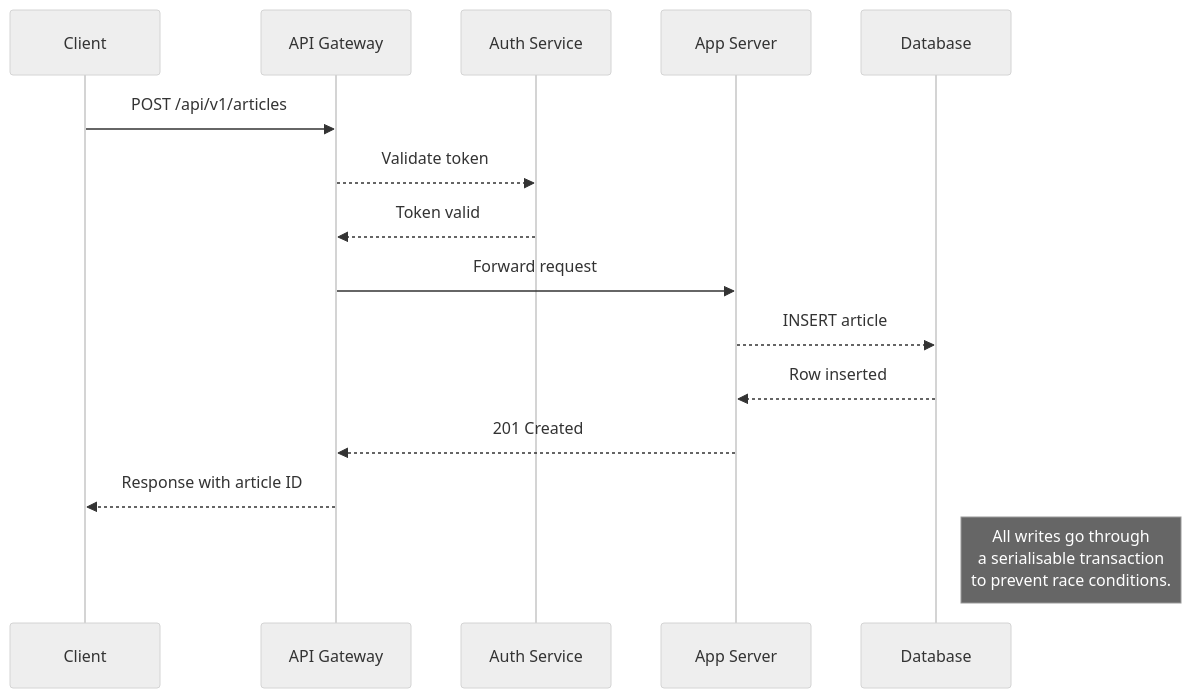
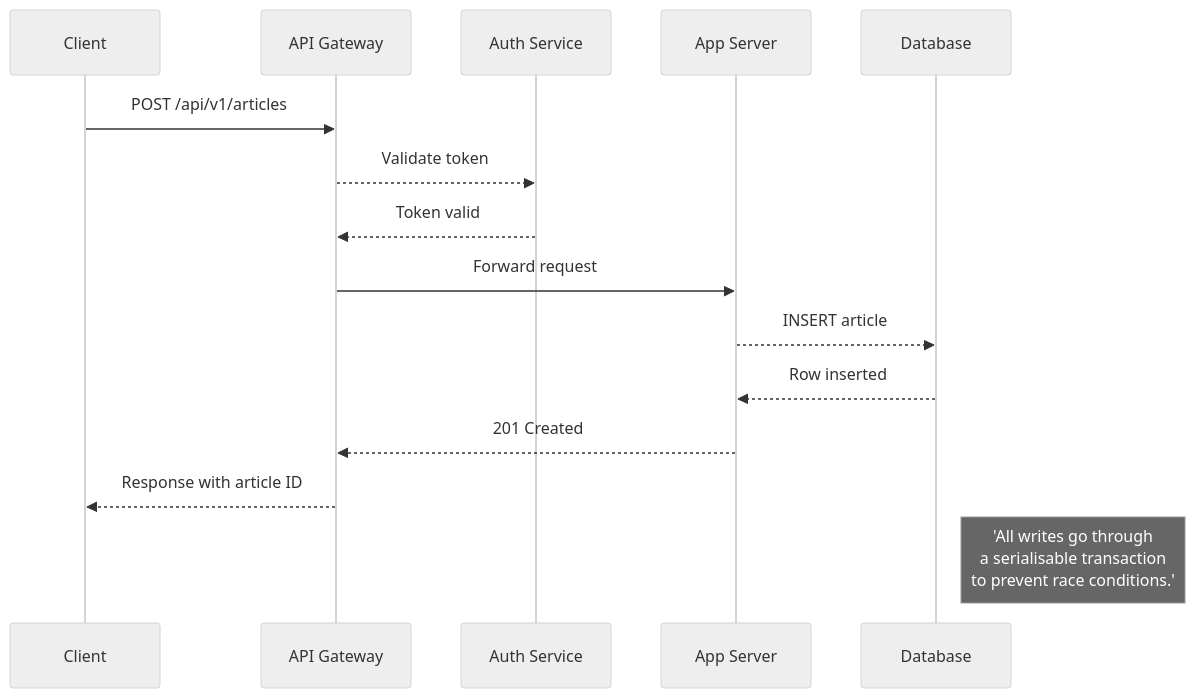
Before and after one commit to maniartech/maniartech: the first of 2 diagrams in blogs/posts/01-introduction.md, drawn with Mermaid (neutral theme). The commit also changed 2 other files, not shown here.

Commit message:
refactor: clean up whitespace in HTML and JavaScript files

````diff
--- a/blogs/posts/01-introduction.md
+++ b/blogs/posts/01-introduction.md
@@ -30,12 +30,12 @@
 ```mermaid
 sequenceDiagram
     Client ->> API Gateway: POST /api/v1/articles
     API Gateway -->> Auth Service: Validate token
     Auth Service -->> API Gateway: Token valid
     API Gateway ->> App Server: Forward request
     App Server -->> Database: INSERT article
     Database -->> App Server: Row inserted
     App Server -->> API Gateway: 201 Created
     API Gateway -->> Client: Response with article ID
-    Note right of Database: All writes go through<br />a serialisable transaction<br />to prevent race conditions.
+    Note right of Database: 'All writes go through<br />a serialisable transaction<br />to prevent race conditions.'
 ```
````
